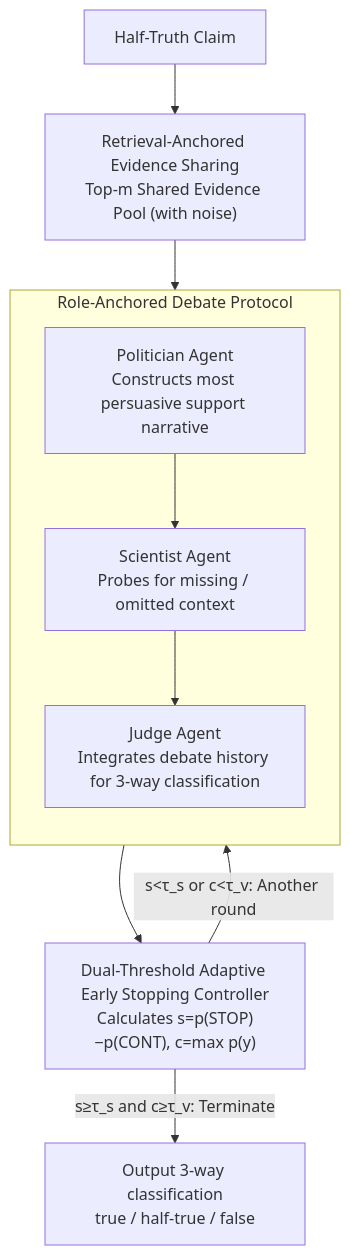
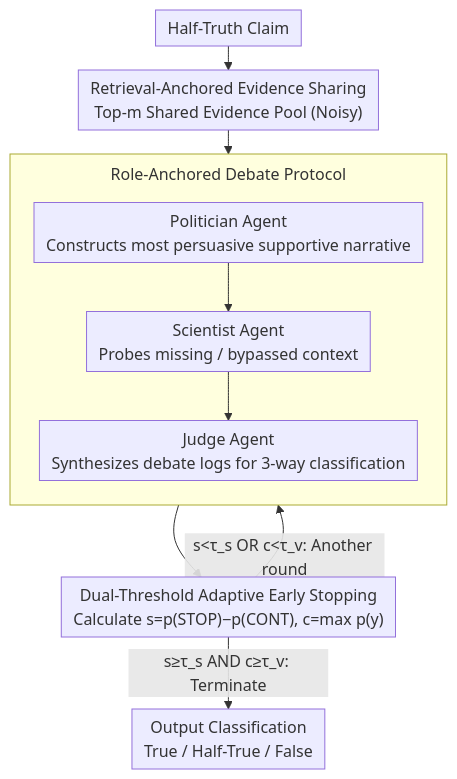
One commit to zhaoyang97/Paper-Notes-en changed the diagram in docs/ACL2026/multi_agent/debating_the_unspoken_role-anchored_multi-agent_reasoning_for_half-truth_detecti.md. Above: the diagram before and after it, drawn with Mermaid. The commit also changed other lines of this file and 5084 other files, not shown here.

````diff
--- a/docs/ACL2026/multi_agent/debating_the_unspoken_role-anchored_multi-agent_reasoning_for_half-truth_detecti.md
+++ b/docs/ACL2026/multi_agent/debating_the_unspoken_role-anchored_multi-agent_reasoning_for_half-truth_detecti.md
@@ -44,13 +44,14 @@
 ```mermaid
+%%{init: {'flowchart': {'rankSpacing': 24, 'nodeSpacing': 28, 'padding': 6, 'wrappingWidth': 400, 'subGraphTitleMargin': {'top': 8, 'bottom': 16}}}}%%
 flowchart TD
-    A["Half-Truth Claim"] --> B["Retrieval-Anchored Evidence Sharing<br/>Top-m Shared Evidence Pool (with noise)"]
+    A["Half-Truth Claim"] --> B["Retrieval-Anchored Evidence Sharing<br/>Top-m Shared Evidence Pool (Noisy)"]
     B --> C
     subgraph DEBATE["Role-Anchored Debate Protocol"]
         direction TB
-        C["Politician Agent<br/>Constructs most persuasive support narrative"] --> D["Scientist Agent<br/>Probes for missing / omitted context"]
-        D --> E["Judge Agent<br/>Integrates debate history for 3-way classification"]
+        C["Politician Agent<br/>Constructs most persuasive supportive narrative"] --> D["Scientist Agent<br/>Probes missing / bypassed context"]
+        D --> E["Judge Agent<br/>Synthesizes debate logs for 3-way classification"]
     end
-    E --> F["Dual-Threshold Adaptive Early Stopping Controller<br/>Calculates s=p(STOP)−p(CONT), c=max p(y)"]
-    F -->|"s<τ_s or c<τ_v: Another round"| C
-    F -->|"s≥τ_s and c≥τ_v: Terminate"| G["Output 3-way classification<br/>true / half-true / false"]
+    E --> F["Dual-Threshold Adaptive Early Stopping<br/>Calculate s=p(STOP)−p(CONT), c=max p(y)"]
+    F -->|"s<τ_s OR c<τ_v: Another round"| C
+    F -->|"s≥τ_s AND c≥τ_v: Terminate"| G["Output Classification<br/>True / Half-True / False"]
 ```
````
